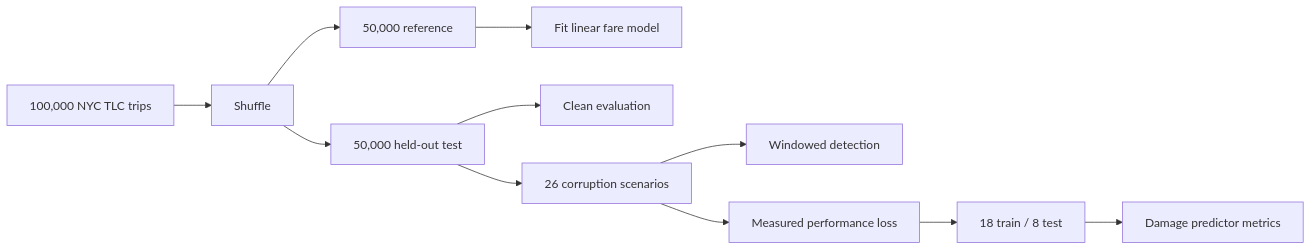
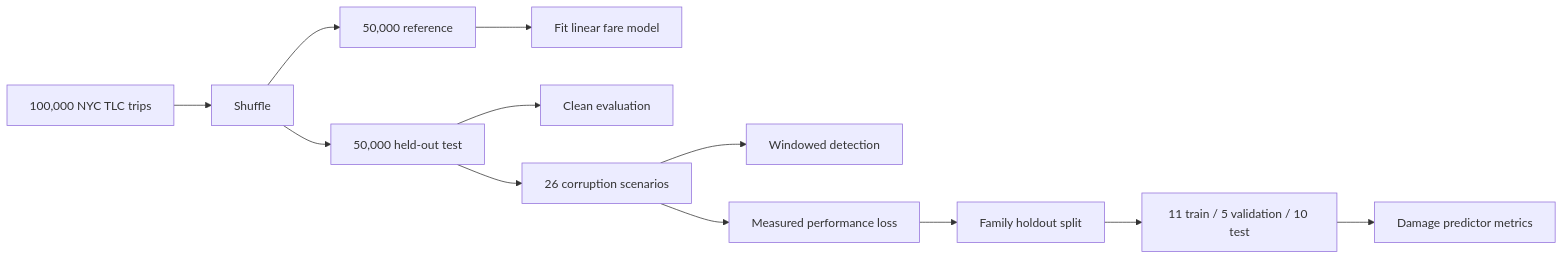
Before and after one commit to DhanushPillay/Driftalytics: the third of 3 diagrams in README.md, drawn with Mermaid. The commit also changed other lines of this file, not shown here.

````diff
--- a/README.md
+++ b/README.md
@@ -176,13 +182,14 @@
 ```mermaid
 flowchart LR
     A[100,000 NYC TLC trips] --> B[Shuffle]
     B --> C[50,000 reference]
     B --> D[50,000 held-out test]
     C --> E[Fit linear fare model]
     D --> F[Clean evaluation]
     D --> G[26 corruption scenarios]
     G --> H[Windowed detection]
     G --> I[Measured performance loss]
-    I --> J[18 train / 8 test]
-    J --> K[Damage predictor metrics]
+    I --> J[Family holdout split]
+    J --> K[11 train / 5 validation / 10 test]
+    K --> L[Damage predictor metrics]
 ```
````
